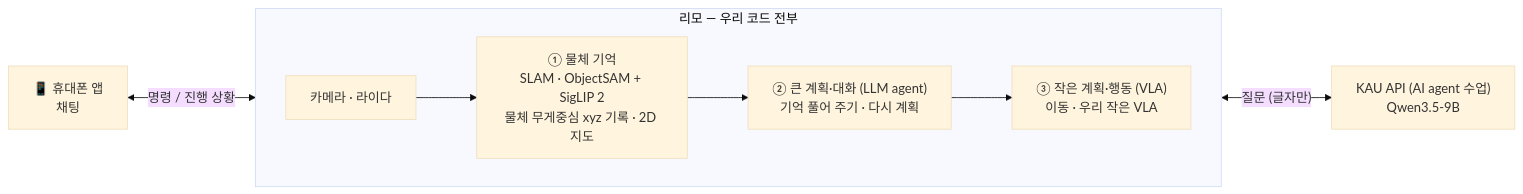
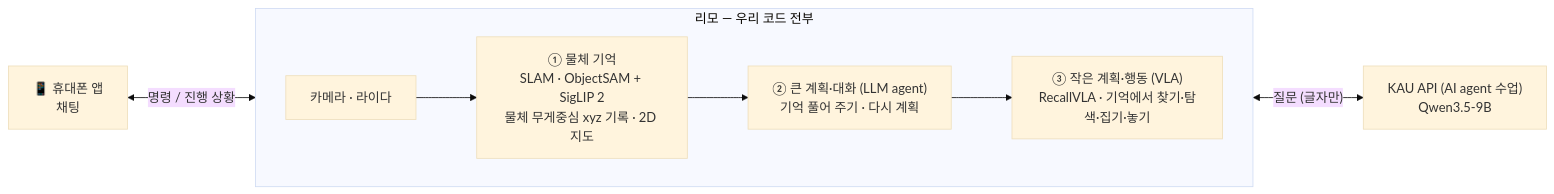
One commit to juyoung020/robot-agent changed the diagram in docs/plan.md. Above: the diagram before and after it, drawn with Mermaid (base theme). The commit also changed other lines of this file and 1 other file, not shown here.

Commit message:
문서: 모델 선택·계획을 10-06 결정에 맞춤 — SigLIP 2 공간 하나, 학습 중 인지(검출 흉내 + GPU 확률 모드), RecallVLA, 정답 지도 학습 금지와 새 커리큘럼, 찾을 수 있는 물체만 명령, 저장소 하나(robot-agent)·BEHAVIOR-1K 는 third_party

````diff
--- a/docs/plan.md
+++ b/docs/plan.md
@@ -15,13 +15,13 @@
 ```mermaid
 flowchart LR
     APP["📱 휴대폰 앱<br/>채팅"]
     subgraph LIMO["리모 — 우리 코드 전부"]
         direction LR
         S["카메라 · 라이다"] --> M["① 물체 기억<br/>SLAM · ObjectSAM + SigLIP 2<br/>물체 무게중심 xyz 기록 · 2D 지도"]
         M --> A["② 큰 계획·대화 (LLM agent)<br/>기억 풀어 주기 · 다시 계획"]
-        A --> V["③ 작은 계획·행동 (VLA)<br/>이동 · 우리 작은 VLA"]
+        A --> V["③ 작은 계획·행동 (VLA)<br/>RecallVLA · 기억에서 찾기·탐색·집기·놓기"]
     end
     Q["KAU API (AI agent 수업)<br/>Qwen3.5-9B"]
     APP <-->|"명령 / 진행 상황"| A
     A <-->|"질문 (글자만)"| Q
 ```
````
